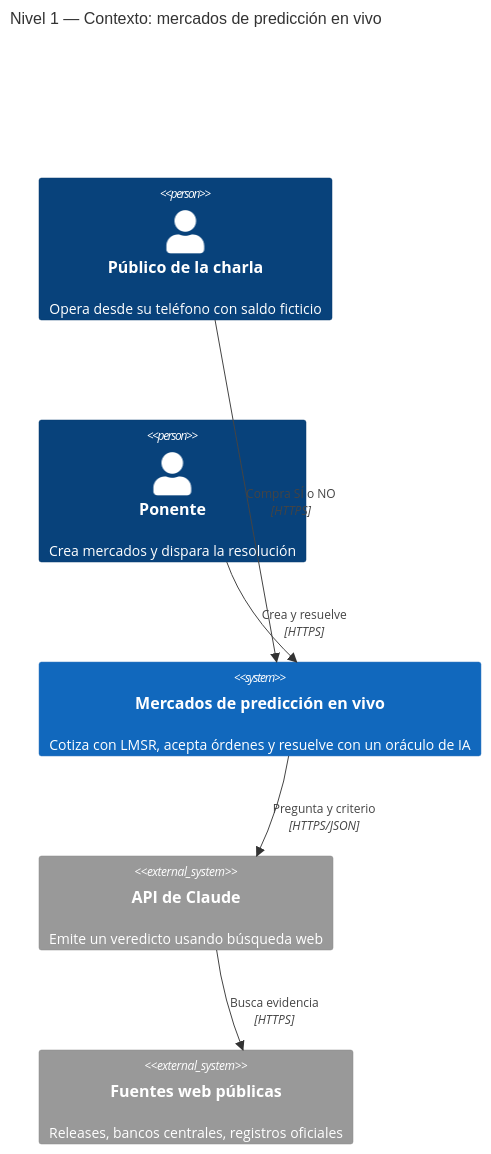
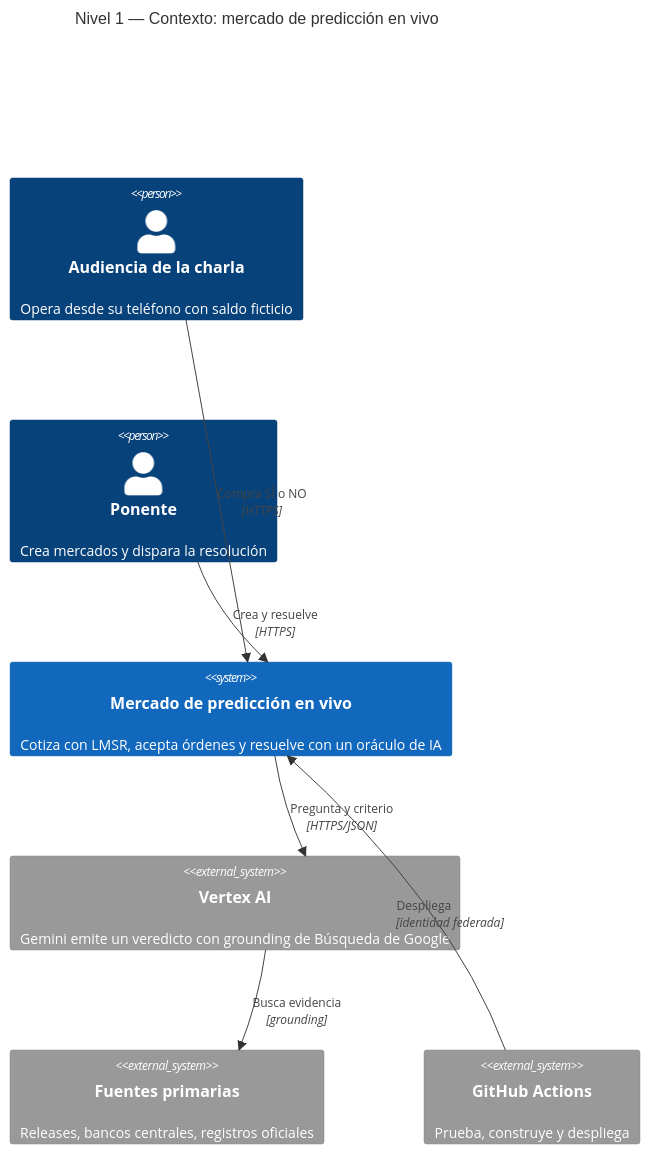
The diagram in docs/c4-nivel1-contexto.mmd (Ayege/Mercados-de-Prediccion-en-Vivo), drawn with Mermaid before and after one commit. The commit also changed 4 other files, not shown here.

Commit message:
Actualizar diagramas C4 a Vertex AI y quitar Secret Manager

```diff
--- a/docs/c4-nivel1-contexto.mmd
+++ b/docs/c4-nivel1-contexto.mmd
@@ -1,17 +1,19 @@
 C4Context
-  title Nivel 1 — Contexto: mercados de predicción en vivo
+  title Nivel 1 — Contexto: mercado de predicción en vivo
 
-  Person(publico, "Público de la charla", "Opera desde su teléfono con saldo ficticio")
+  Person(publico, "Audiencia de la charla", "Opera desde su teléfono con saldo ficticio")
   Person(ponente, "Ponente", "Crea mercados y dispara la resolución")
 
-  System(mercado, "Mercados de predicción en vivo", "Cotiza con LMSR, acepta órdenes y resuelve con un oráculo de IA")
+  System(mercado, "Mercado de predicción en vivo", "Cotiza con LMSR, acepta órdenes y resuelve con un oráculo de IA")
 
-  System_Ext(claude, "API de Claude", "Emite un veredicto usando búsqueda web")
-  System_Ext(fuentes, "Fuentes web públicas", "Releases, bancos centrales, registros oficiales")
+  System_Ext(vertex, "Vertex AI", "Gemini emite un veredicto con grounding de Búsqueda de Google")
+  System_Ext(fuentes, "Fuentes primarias", "Releases, bancos centrales, registros oficiales")
+  System_Ext(gha, "GitHub Actions", "Prueba, construye y despliega")
 
   Rel(publico, mercado, "Compra SÍ o NO", "HTTPS")
   Rel(ponente, mercado, "Crea y resuelve", "HTTPS")
-  Rel(mercado, claude, "Pregunta y criterio", "HTTPS/JSON")
-  Rel(claude, fuentes, "Busca evidencia", "HTTPS")
+  Rel(mercado, vertex, "Pregunta y criterio", "HTTPS/JSON")
+  Rel(vertex, fuentes, "Busca evidencia", "grounding")
+  Rel(gha, mercado, "Despliega", "identidad federada")
 
   UpdateLayoutConfig($c4ShapeInRow="2", $c4BoundaryInRow="1")
```
